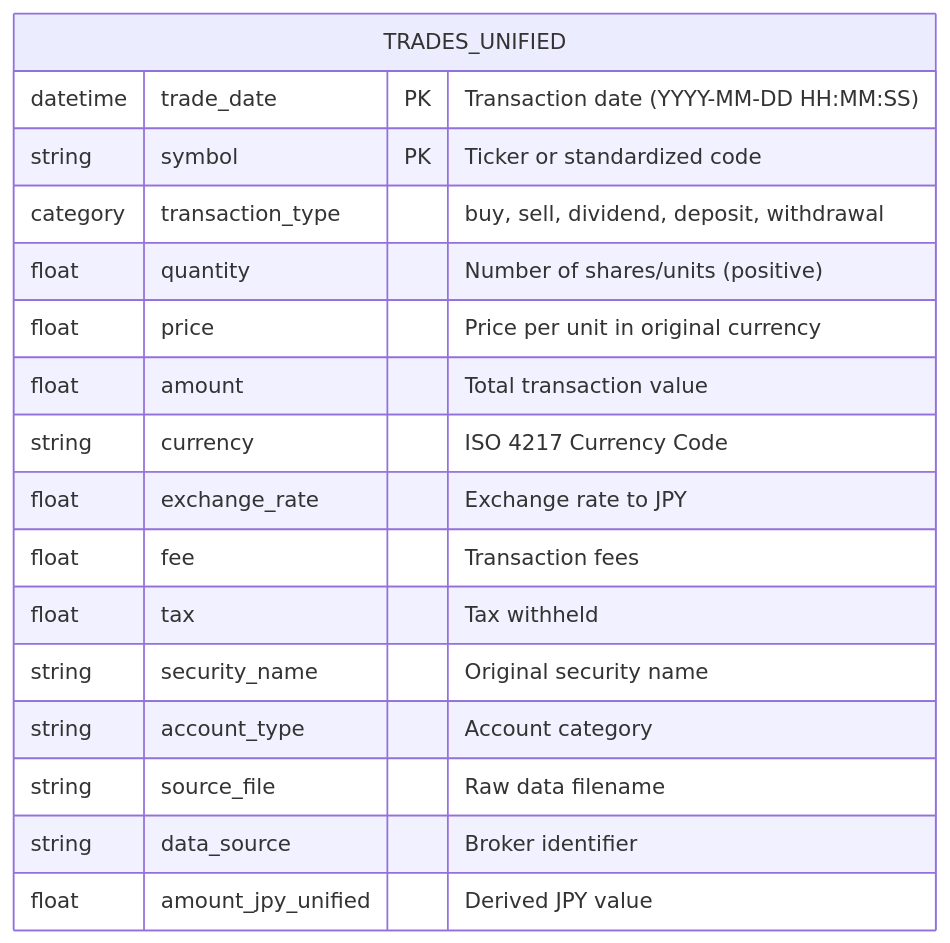
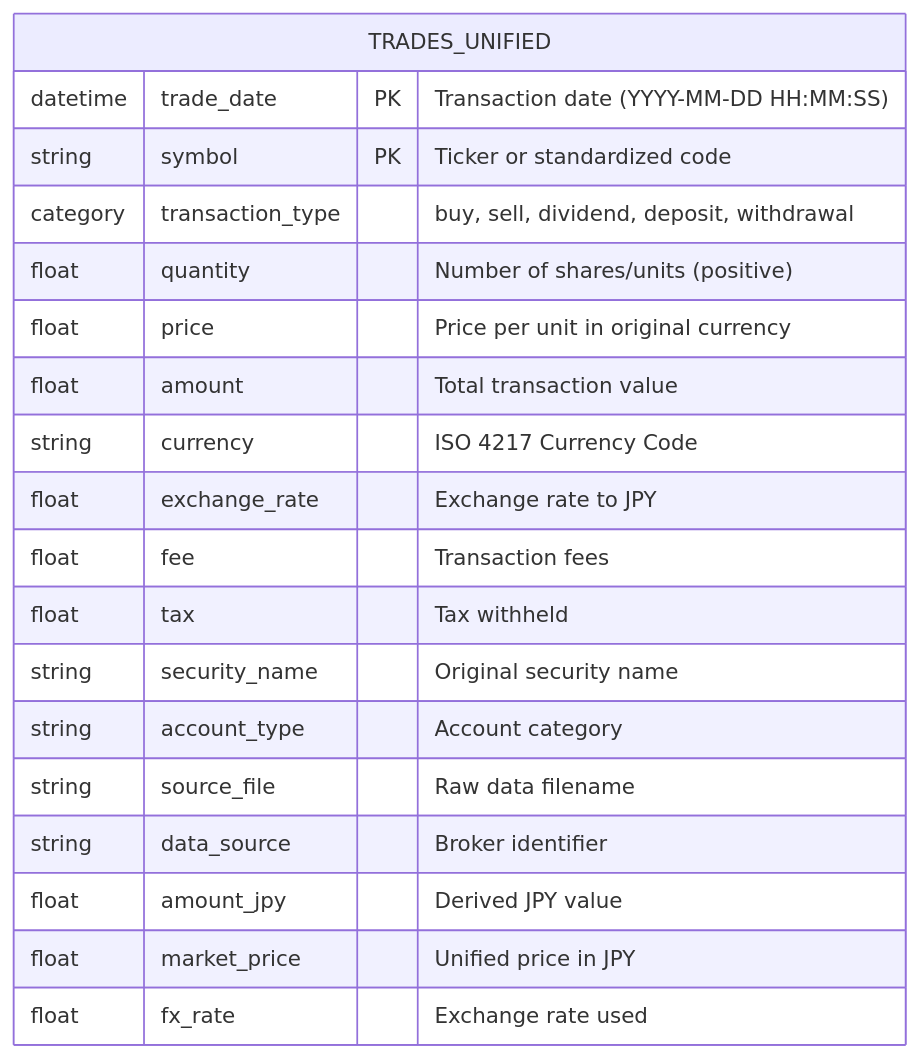
Before and after one commit to KAFKA2306/space_launches: diagram 11 of 16 in docs/ER_DIAGRAM.md, drawn with Mermaid. The commit also changed 25 other files, not shown here.

Commit message:
refactor: Enforce strict pipeline separation and schema alignment

````diff
--- a/docs/ER_DIAGRAM.md
+++ b/docs/ER_DIAGRAM.md
@@ -358,20 +358,22 @@
 ```mermaid
 erDiagram
     TRADES_UNIFIED {
         datetime trade_date PK "Transaction date (YYYY-MM-DD HH:MM:SS)"
         string symbol PK "Ticker or standardized code"
         category transaction_type "buy, sell, dividend, deposit, withdrawal"
         float quantity "Number of shares/units (positive)"
         float price "Price per unit in original currency"
         float amount "Total transaction value"
         string currency "ISO 4217 Currency Code"
         float exchange_rate "Exchange rate to JPY"
         float fee "Transaction fees"
         float tax "Tax withheld"
         string security_name "Original security name"
         string account_type "Account category"
         string source_file "Raw data filename"
         string data_source "Broker identifier"
-        float amount_jpy_unified "Derived JPY value"
+        float amount_jpy "Derived JPY value"
+        float market_price "Unified price in JPY"
+        float fx_rate "Exchange rate used"
     }
 ```
````
